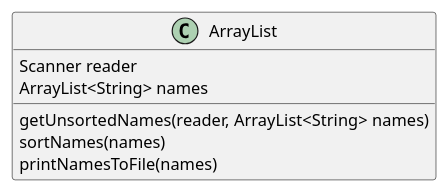
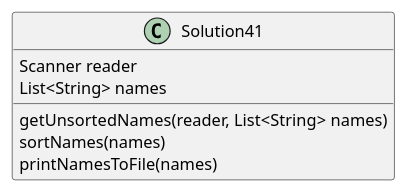
Before and after one commit to RandyRoberts99/roberts-a04: the diagram in exercise41/docs/Solution41Diagram.puml, drawn with PlantUML. The commit also changed 11 other files, not shown here.

```diff
--- a/exercise41/docs/Solution41Diagram.puml
+++ b/exercise41/docs/Solution41Diagram.puml
@@ -1,13 +1,12 @@
 @startuml
 'https://plantuml.com/class-diagram
 
-class ArrayList {
+class Solution41 {
 Scanner reader
-ArrayList<String> names
+List<String> names
 
-getUnsortedNames(reader, ArrayList<String> names)
+getUnsortedNames(reader, List<String> names)
 sortNames(names)
 printNamesToFile(names)
 }
-
 @enduml
```
